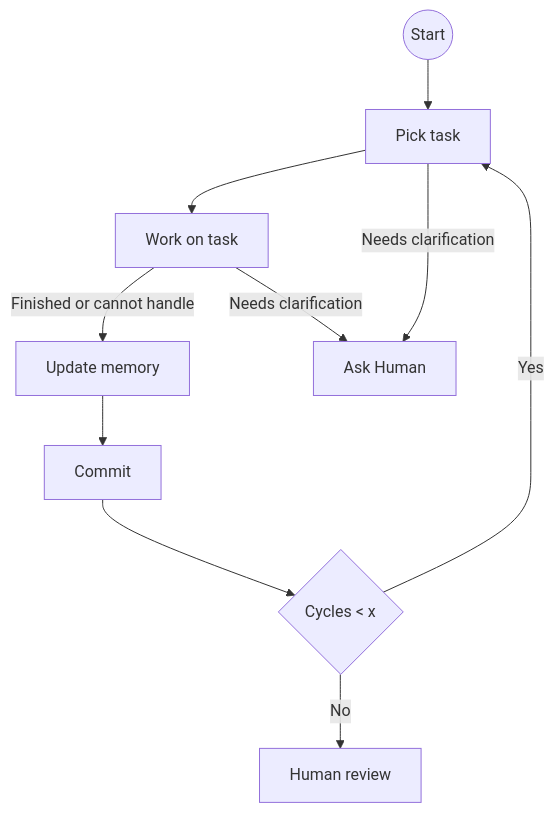
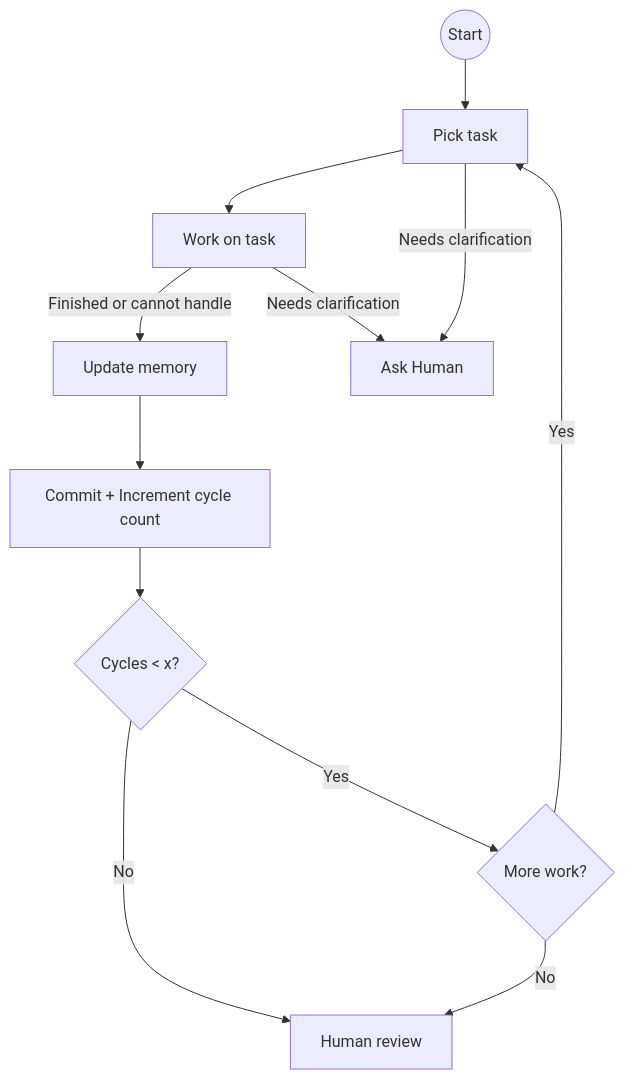
One commit to marcingurbisz/idea-execution-framework changed the diagram in AGENTS.md. Above: the diagram before and after it, drawn with Mermaid. The commit also changed other lines of this file and 1 other file, not shown here.

Commit message:
Refine agent instructions and README: correct typos, enhance clarity, and improve task marking guidance

````diff
--- a/AGENTS.md
+++ b/AGENTS.md
@@ -22,12 +22,14 @@
 ```mermaid
 flowchart TD
-    A@{ shape: circle, label: "Start" } --> B[Pick  task]
+    A@{ shape: circle, label: "Start" } --> B[Pick task]
     B --> C[Work on task]
     C -->|Finished or cannot handle| E[Update memory]
     C -->|Needs clarification| H[Ask Human]
     B -->|Needs clarification| H
-    E --> Z[Commit]
-    Z --> G{Cycles < x}
+    E --> Z["Commit + Increment cycle count"]
+    Z --> X{Cycles < x?}
+    X -->|No| I[Human review]
+    X -->|Yes| G{More work?}
     G -->|Yes| B
     G -->|No| I[Human review]
 ```
````
